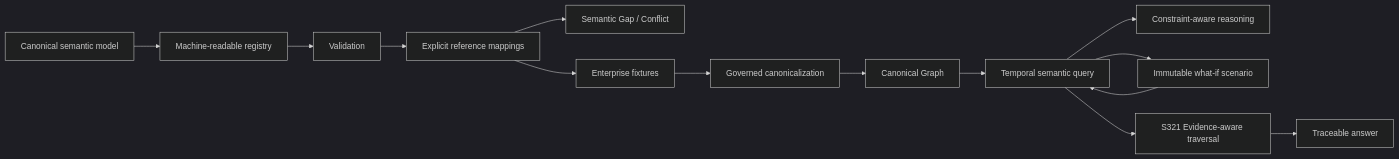
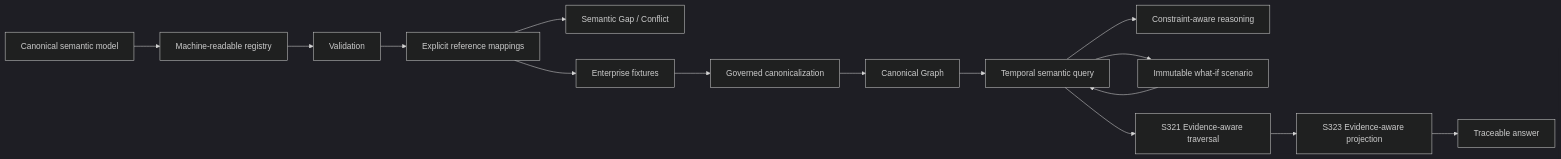
Before and after one commit to miumigy/scm-ontology: the second of 2 diagrams in docs/README.md, drawn with Mermaid (dark theme). The commit also changed other lines of this file, not shown here.

Commit message:
docs(s323): index evidence-aware projection

````diff
--- a/docs/README.md
+++ b/docs/README.md
@@ -41,16 +42,17 @@
 ```mermaid
 flowchart LR
     MODEL[Canonical semantic model] --> REG[Machine-readable registry]
     REG --> VALIDATE[Validation]
     VALIDATE --> MAP[Explicit reference mappings]
     MAP --> GAP[Semantic Gap / Conflict]
     MAP --> FIX[Enterprise fixtures]
     FIX --> CAN[Governed canonicalization]
     CAN --> GRAPH[Canonical Graph]
     GRAPH --> TEMP[Temporal semantic query]
     TEMP --> REASON[Constraint-aware reasoning]
     TEMP --> SCENARIO[Immutable what-if scenario]
     SCENARIO --> TEMP
     TEMP --> EVID[S321 Evidence-aware traversal]
-    EVID --> ANSWER[Traceable answer]
+    EVID --> EPROJ[S323 Evidence-aware projection]
+    EPROJ --> ANSWER[Traceable answer]
 ```
````
